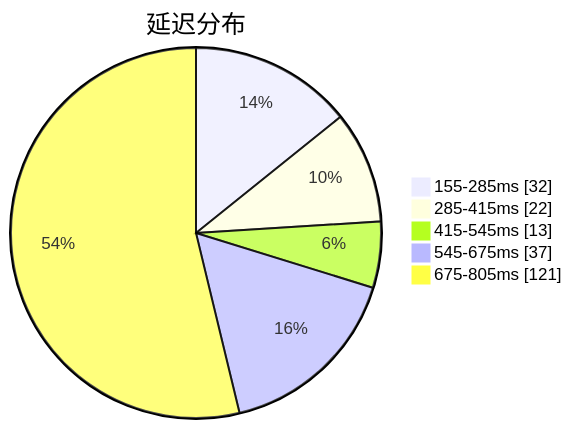
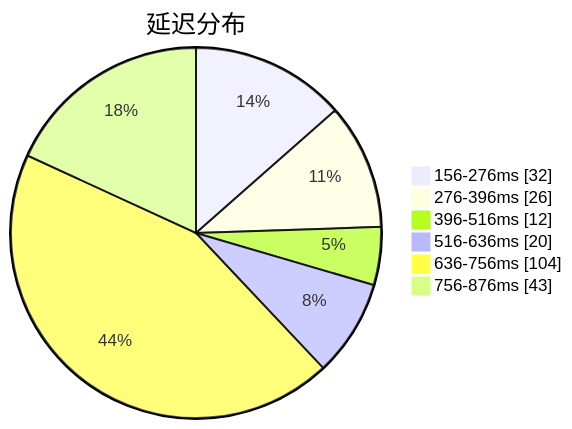
Before and after one commit to qjlxg/airport: the first of 3 diagrams in subs/statistics/tested_within.md, drawn with Mermaid. The commit also changed other lines of this file and 2 other files, not shown here.

````diff
--- a/subs/statistics/tested_within.md
+++ b/subs/statistics/tested_within.md
@@ -2,9 +2,10 @@
 ```mermaid
 pie showData
 title 延迟分布
-"155-285ms" : 32
-"285-415ms" : 22
-"415-545ms" : 13
-"545-675ms" : 37
-"675-805ms" : 121
+"156-276ms" : 32
+"276-396ms" : 26
+"396-516ms" : 12
+"516-636ms" : 20
+"636-756ms" : 104
+"756-876ms" : 43
 ```
````
